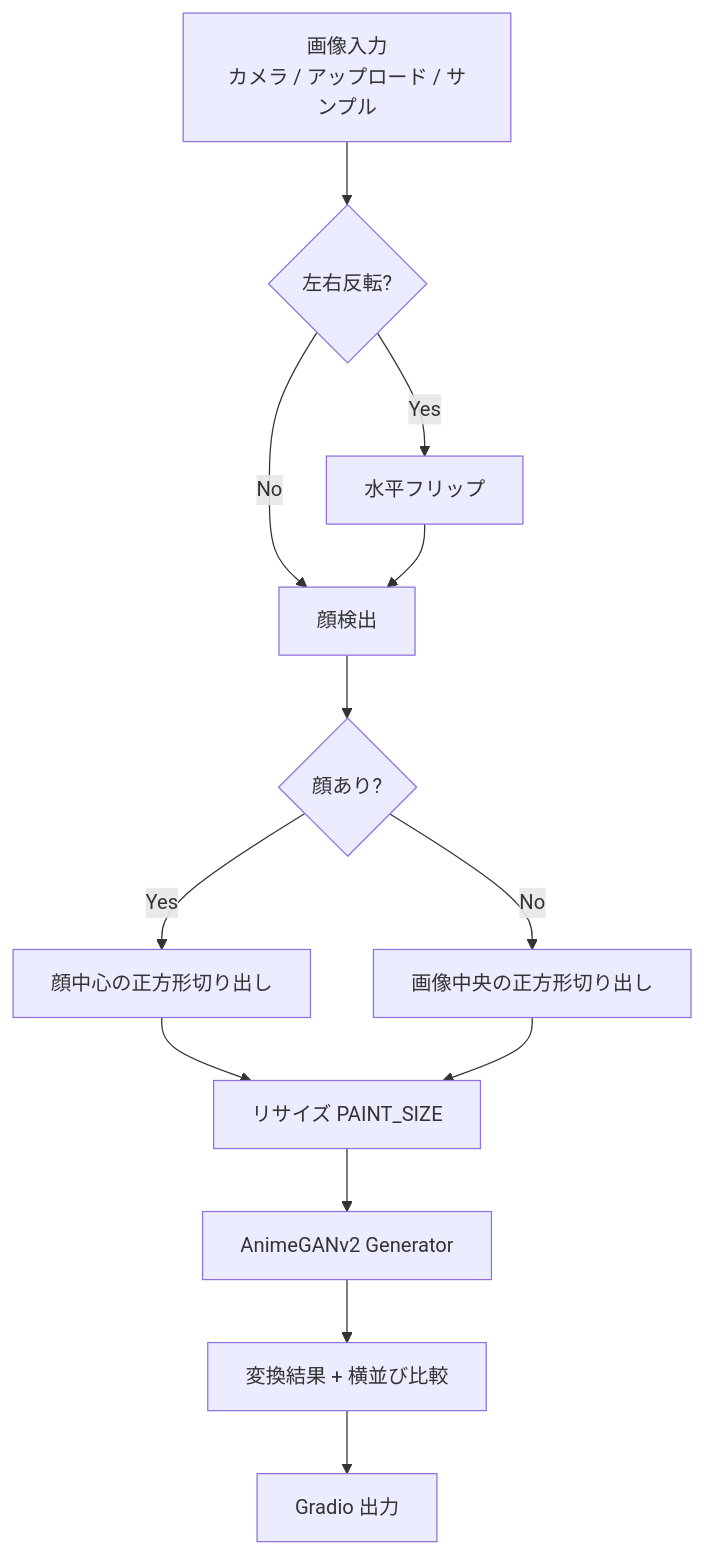
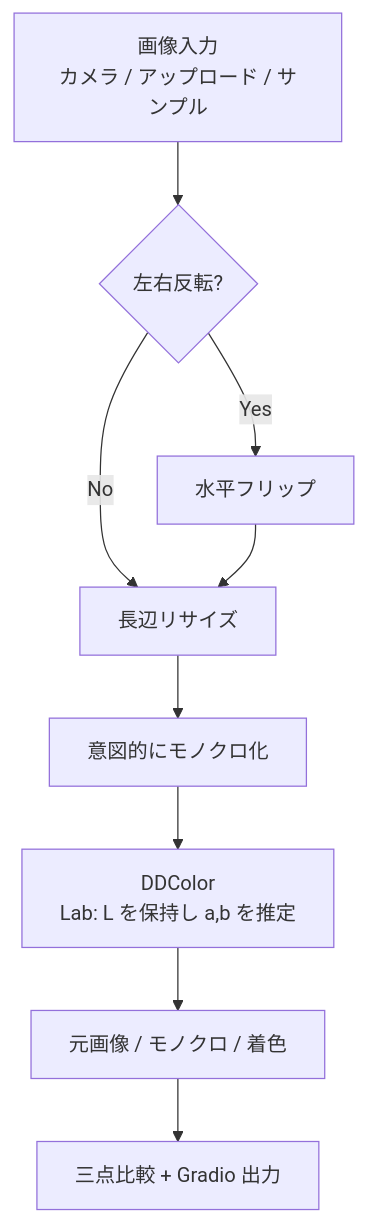
Before and after one commit to yryo1005/OpenCampus_Demo: the first of 2 diagrams in document.md, drawn with Mermaid. The commit also changed other lines of this file and 3 other files, not shown here.

````diff
--- a/document.md
+++ b/document.md
@@ -32,15 +34,11 @@
 ```mermaid
 flowchart TD
     A[画像入力<br/>カメラ / アップロード / サンプル] --> B{左右反転?}
     B -->|Yes| C[水平フリップ]
-    B -->|No| D[顔検出]
+    B -->|No| D[長辺リサイズ]
     C --> D
-    D --> E{顔あり?}
-    E -->|Yes| F[顔中心の正方形切り出し]
-    E -->|No| G[画像中央の正方形切り出し]
-    F --> H[リサイズ PAINT_SIZE]
-    G --> H
-    H --> I[AnimeGANv2 Generator]
-    I --> J[変換結果 + 横並び比較]
-    J --> K[Gradio 出力]
+    D --> E[意図的にモノクロ化]
+    E --> F[DDColor<br/>Lab: L を保持し a,b を推定]
+    F --> G[元画像 / モノクロ / 着色]
+    G --> H[三点比較 + Gradio 出力]
 ```
````
